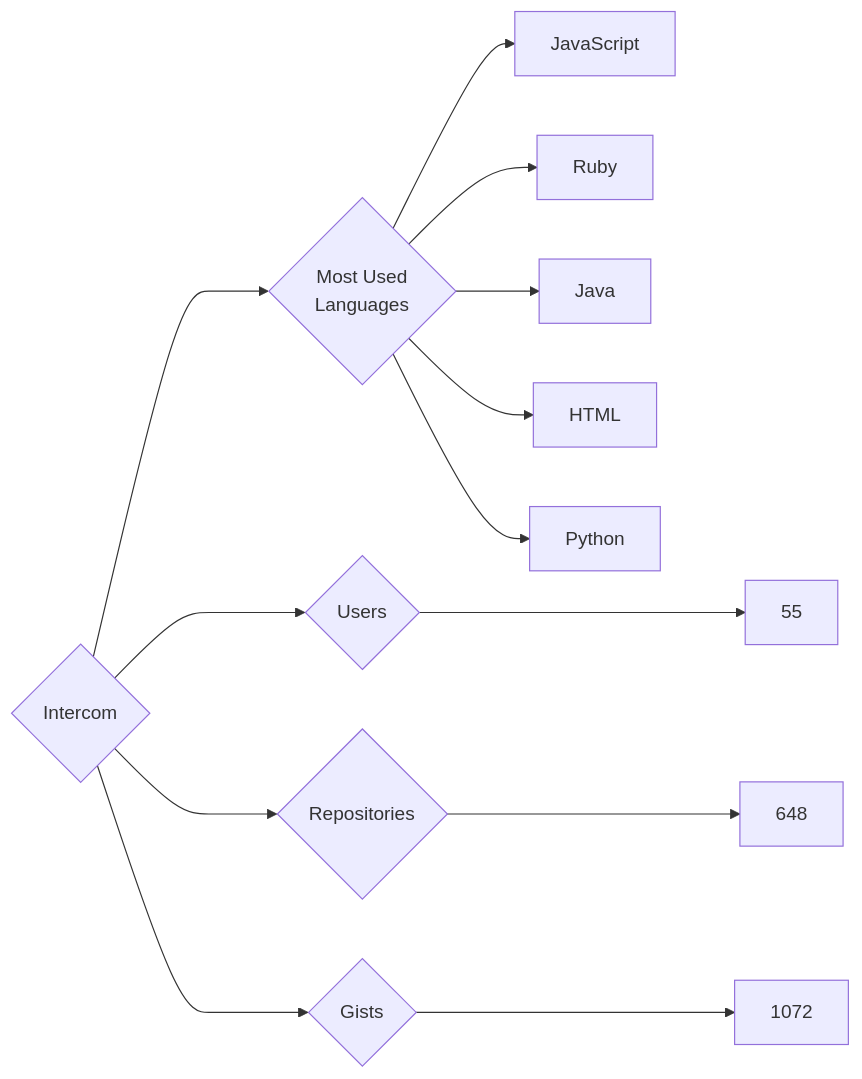
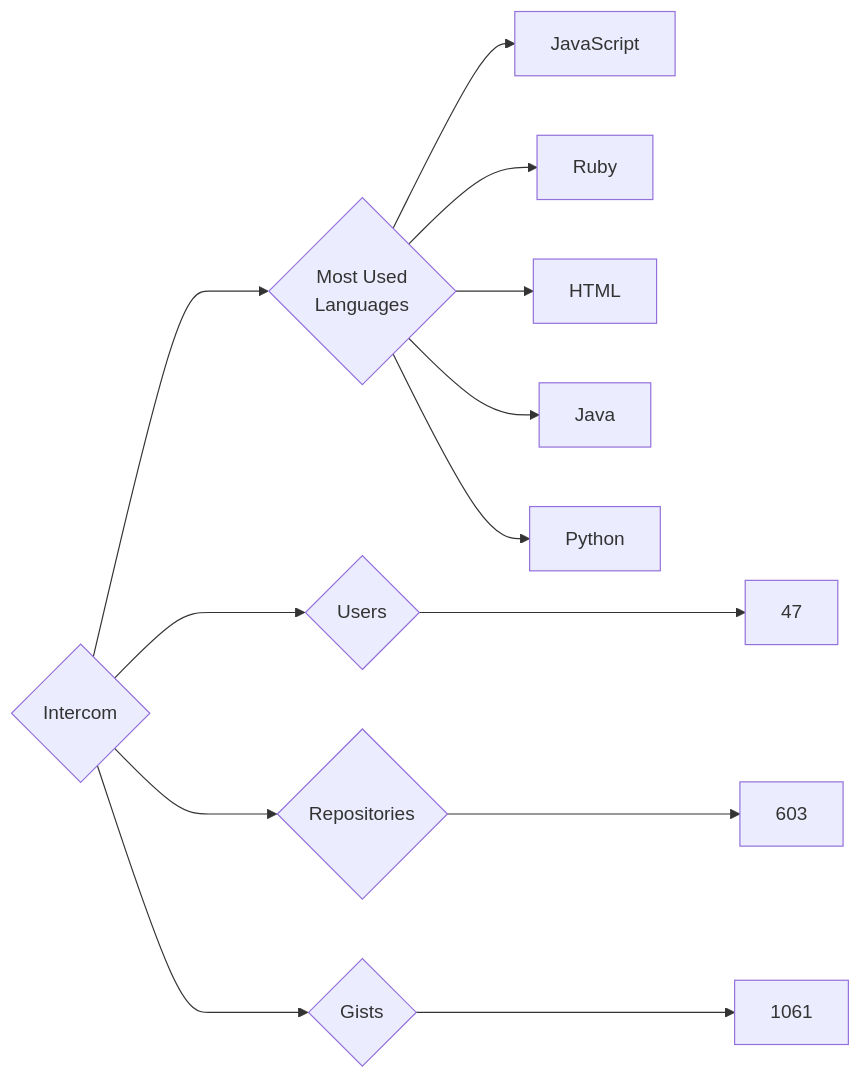
The diagram in targets/Intercom/README.md (trickest/insiders), drawn with Mermaid before and after one commit. The commit also changed 951 other files, not shown here.

````diff
--- a/targets/Intercom/README.md
+++ b/targets/Intercom/README.md
@@ -3,13 +3,13 @@
 ```mermaid
 graph LR
 COMPANY_NAME{Intercom}
-COMPANY_NAME ---> U{Users} ---> UN[55]
-COMPANY_NAME ---> R{Repositories} ---> RN[648]
-COMPANY_NAME ---> G{Gists} ---> GN[1072]
+COMPANY_NAME ---> U{Users} ---> UN[47]
+COMPANY_NAME ---> R{Repositories} ---> RN[603]
+COMPANY_NAME ---> G{Gists} ---> GN[1061]
 COMPANY_NAME ---> ML{Most Used<br>Languages}
 ML --> JavaScript[JavaScript]
 ML --> Ruby[Ruby]
+ML --> HTML[HTML]
 ML --> Java[Java]
-ML --> HTML[HTML]
 ML --> Python[Python]
 ```
````
